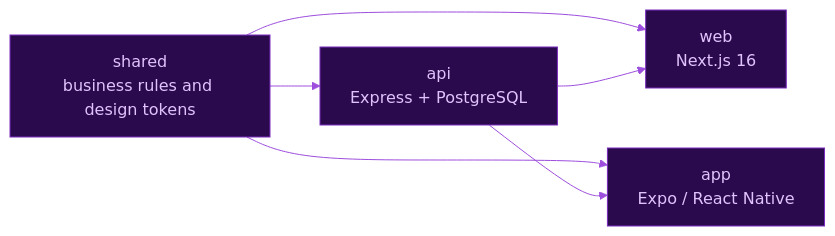
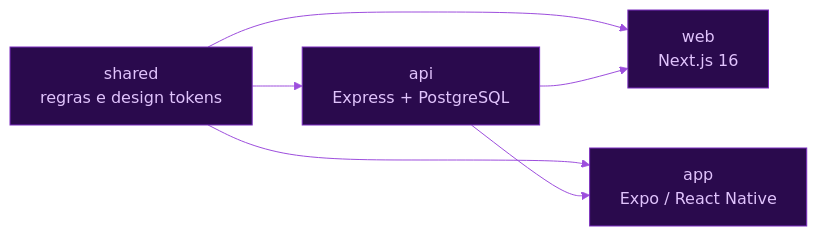
Before and after one commit to ChaconLucas/ChaconLucas: the second of 3 diagrams in README.md, drawn with Mermaid. The commit also changed other lines of this file and 42 other files, not shown here.

````diff
--- a/README.md
+++ b/README.md
@@ -142,9 +249,9 @@
 ```mermaid
 %%{init:{'theme':'base','themeVariables':{'primaryColor':'#2a0a4d','primaryTextColor':'#e0c3fc','primaryBorderColor':'#7b2cbf','lineColor':'#9d4edd','secondaryColor':'#3c096c','tertiaryColor':'#1a0033','fontFamily':'monospace'}}}%%
 flowchart LR
-  S[shared<br/>business rules and design tokens] --> A[api<br/>Express + PostgreSQL]
+  S[shared<br/>regras e design tokens] --> A[api<br/>Express + PostgreSQL]
   S --> W[web<br/>Next.js 16]
   S --> P[app<br/>Expo / React Native]
   A --> W
   A --> P
 ```
````
